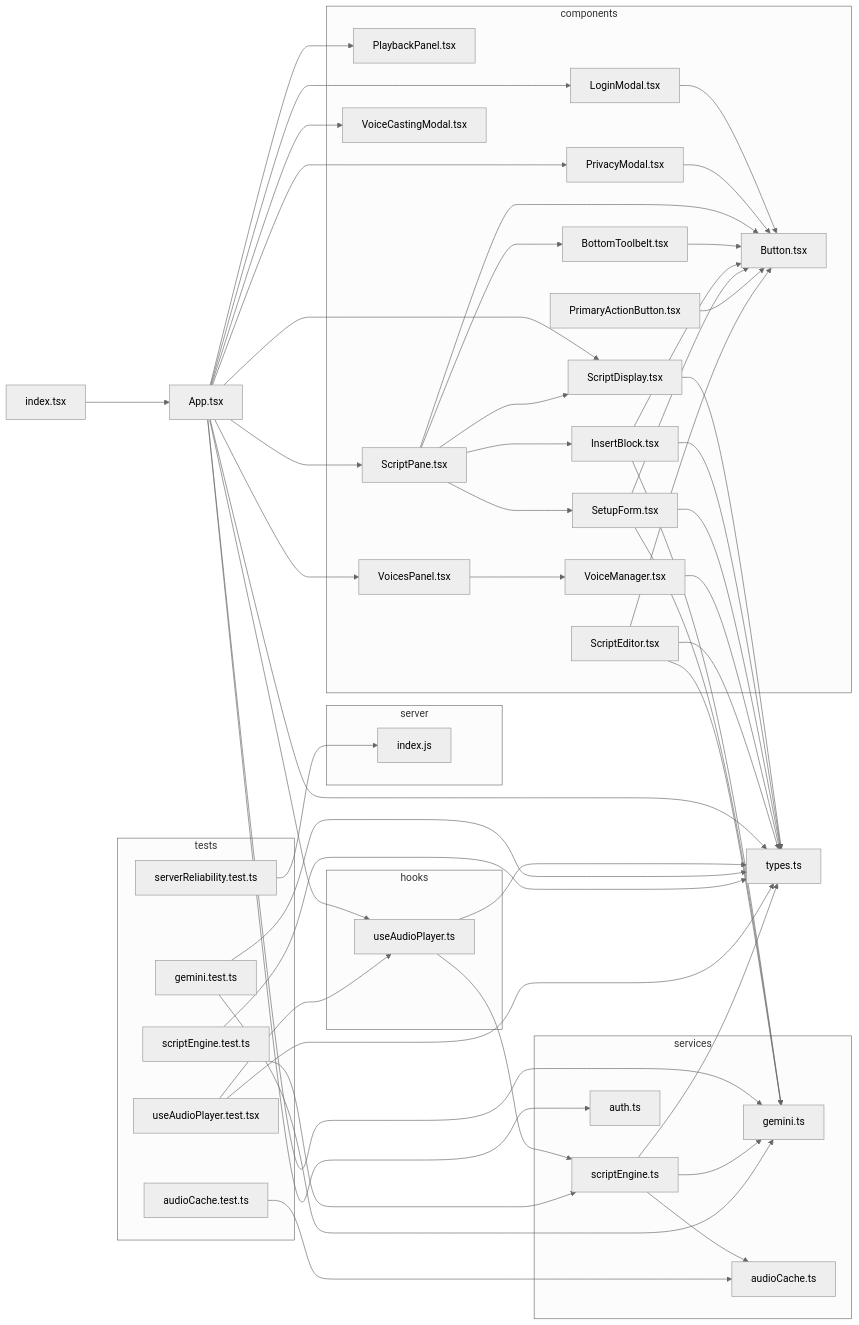
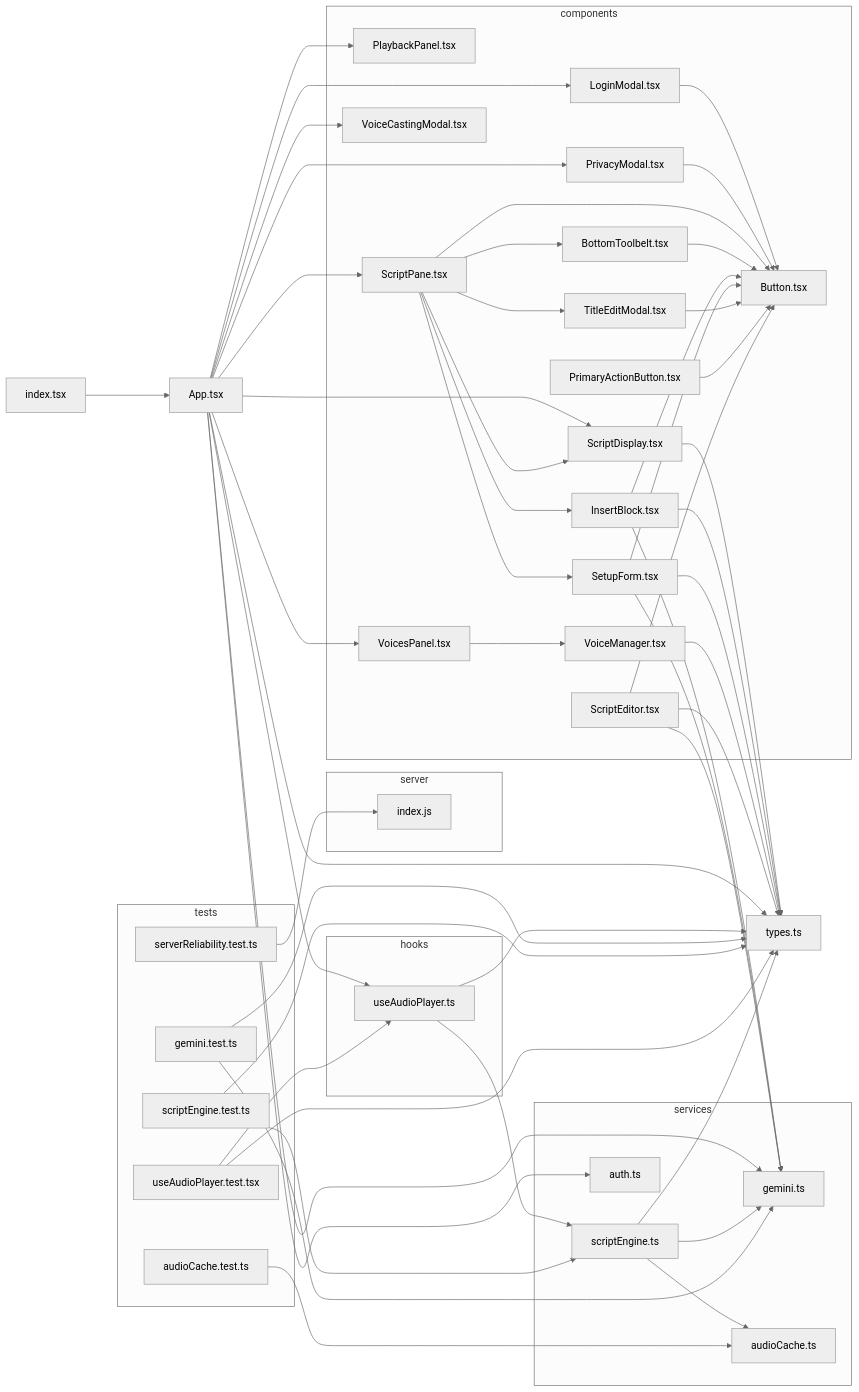
Before and after one commit to seanzmc/Script-Seance: the diagram in docs/dependency-graph.mmd, drawn with Mermaid (neutral theme).

Commit message:
Updates dependency graph with new component structure
Adds new modal component to the component architecture and reorganizes
node identifiers to maintain proper dependency mapping.

Adjusts connection patterns to reflect current component relationships
and ensures graph accurately represents the updated codebase structure.

```diff
--- a/docs/dependency-graph.mmd
+++ b/docs/dependency-graph.mmd
@@ -1,86 +1,89 @@
 flowchart LR
 
 0["App.tsx"]
 subgraph 1["components"]
 2["LoginModal.tsx"]
 3["Button.tsx"]
 4["PlaybackPanel.tsx"]
 5["PrivacyModal.tsx"]
 6["ScriptDisplay.tsx"]
 8["ScriptPane.tsx"]
 9["BottomToolbelt.tsx"]
 A["InsertBlock.tsx"]
 D["SetupForm.tsx"]
-E["VoiceCastingModal.tsx"]
-F["VoicesPanel.tsx"]
-G["VoiceManager.tsx"]
-M["PrimaryActionButton.tsx"]
-N["ScriptEditor.tsx"]
+E["TitleEditModal.tsx"]
+F["VoiceCastingModal.tsx"]
+G["VoicesPanel.tsx"]
+H["VoiceManager.tsx"]
+N["PrimaryActionButton.tsx"]
+O["ScriptEditor.tsx"]
 end
 7["types.ts"]
 subgraph B["services"]
 C["gemini.ts"]
-J["scriptEngine.ts"]
-K["audioCache.ts"]
-L["auth.ts"]
+K["scriptEngine.ts"]
+L["audioCache.ts"]
+M["auth.ts"]
 end
-subgraph H["hooks"]
-I["useAudioPlayer.ts"]
+subgraph I["hooks"]
+J["useAudioPlayer.ts"]
 end
-O["index.tsx"]
-subgraph P["server"]
-Q["index.js"]
+P["index.tsx"]
+subgraph Q["server"]
+R["index.js"]
 end
-subgraph R["tests"]
-S["audioCache.test.ts"]
-T["gemini.test.ts"]
-U["scriptEngine.test.ts"]
-V["serverReliability.test.ts"]
-W["useAudioPlayer.test.tsx"]
+subgraph S["tests"]
+T["audioCache.test.ts"]
+U["gemini.test.ts"]
+V["scriptEngine.test.ts"]
+W["serverReliability.test.ts"]
+X["useAudioPlayer.test.tsx"]
 end
 0-->2
 0-->4
 0-->5
 0-->6
 0-->8
-0-->E
 0-->F
-0-->I
-0-->L
+0-->G
+0-->J
+0-->M
 0-->C
 0-->7
 2-->3
 5-->3
 6-->7
 8-->9
 8-->3
 8-->A
 8-->6
 8-->D
+8-->E
 9-->3
 A-->C
 A-->7
 A-->3
 D-->C
 D-->7
 D-->3
-F-->G
-G-->7
-I-->J
-I-->7
+E-->3
+G-->H
+H-->7
+J-->K
 J-->7
-J-->K
-J-->C
-M-->3
-N-->C
-N-->7
+K-->7
+K-->L
+K-->C
 N-->3
-O-->0
-S-->K
-T-->C
-T-->7
-U-->J
+O-->C
+O-->7
+O-->3
+P-->0
+T-->L
+U-->C
 U-->7
-V-->Q
-W-->I
-W-->7
+V-->K
+V-->7
+W-->R
+X-->J
+X-->7
```
